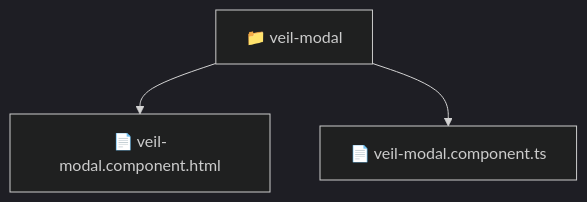
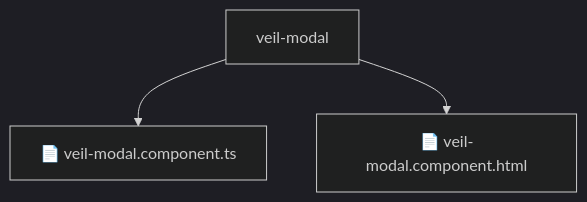
One commit to beginwebdev2002/fullstack-mavluda changed the diagram in frontend/src/pages/veil/ui/veil-modal/README.md. Above: the diagram before and after it, drawn with Mermaid (dark theme). The commit also changed other lines of this file and 155 other files, not shown here.

````diff
--- a/frontend/src/pages/veil/ui/veil-modal/README.md
+++ b/frontend/src/pages/veil/ui/veil-modal/README.md
@@ -10,6 +14,6 @@
 ```mermaid
 graph TD
-  Root["📁 veil-modal"]
-  Root --> veilmodalcomponenthtml["📄 veil-modal.component.html"]
-  Root --> veilmodalcomponentts["📄 veil-modal.component.ts"]
+    Root[veil-modal]
+    Root --> F0[📄 veil-modal.component.ts]
+    Root --> F1[📄 veil-modal.component.html]
 ```
````
